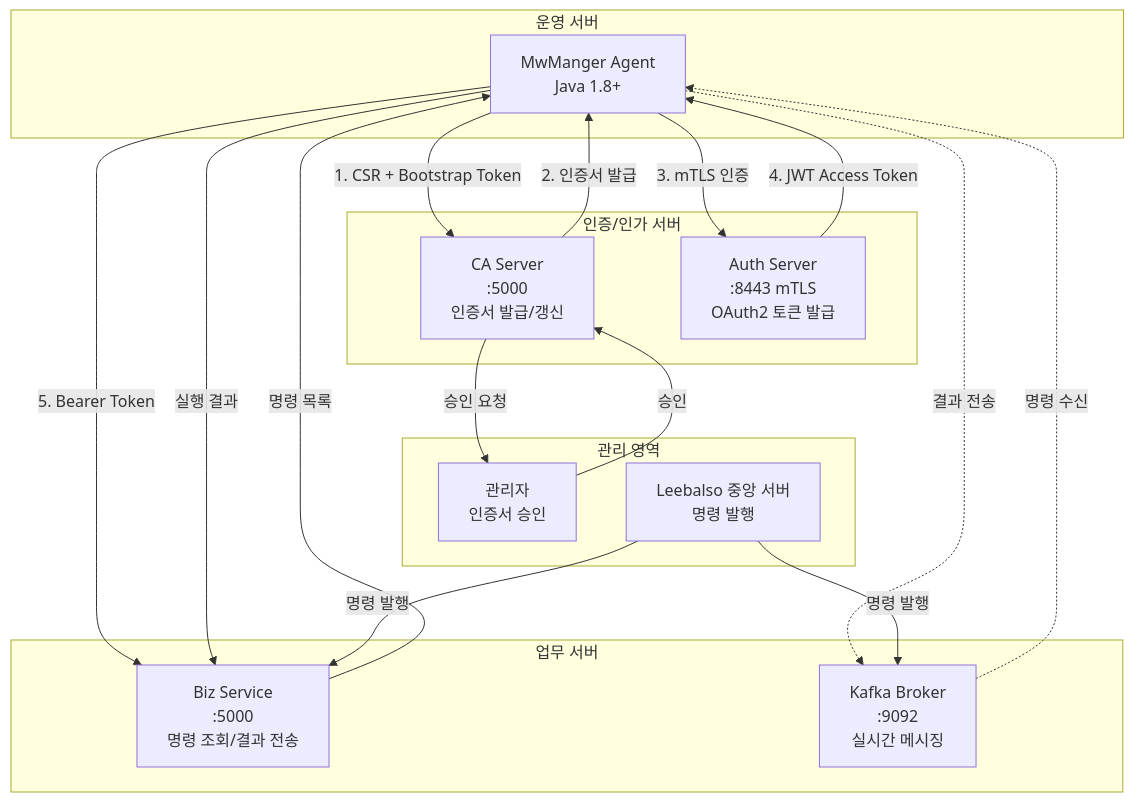
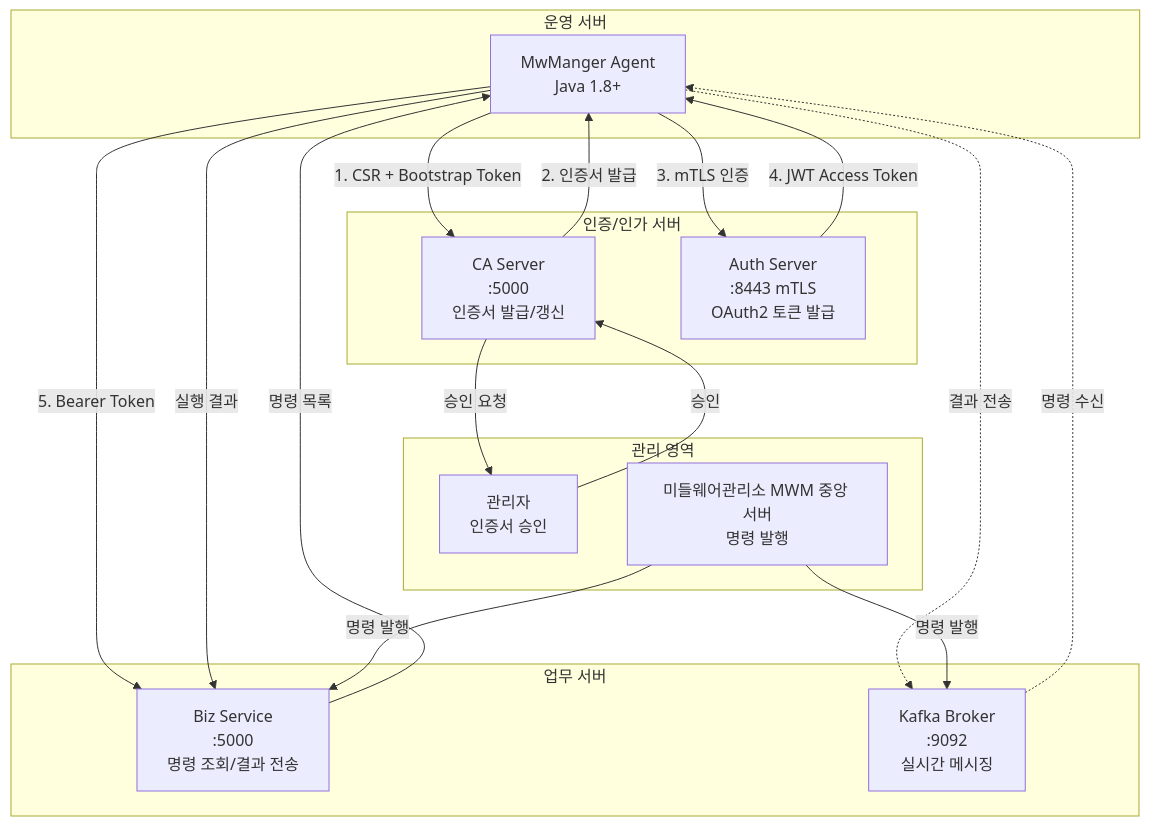
One commit to tanminkwan/mwagent changed the first of 4 diagrams in docs/PROJECT_REPORT.md. Above: the diagram before and after it, drawn with Mermaid. The commit also changed other lines of this file and 19 other files, not shown here.

First line of the commit message:
docs: rename to MWM Agent / 미들웨어관리소(MWM); MWM test certificate and issuer values

````diff
--- a/docs/PROJECT_REPORT.md
+++ b/docs/PROJECT_REPORT.md
@@ -421,44 +421,44 @@
 ```mermaid
 graph TB
     subgraph "운영 서버"
         Agent[MwManger Agent<br/>Java 1.8+]
     end
 
     subgraph "인증/인가 서버"
         CA[CA Server<br/>:5000<br/>인증서 발급/갱신]
         Auth[Auth Server<br/>:8443 mTLS<br/>OAuth2 토큰 발급]
     end
 
     subgraph "업무 서버"
         Biz[Biz Service<br/>:5000<br/>명령 조회/결과 전송]
         Kafka[Kafka Broker<br/>:9092<br/>실시간 메시징]
     end
 
     subgraph "관리 영역"
         Admin[관리자<br/>인증서 승인]
-        Leebalso[Leebalso 중앙 서버<br/>명령 발행]
+        MWM[미들웨어관리소 MWM 중앙 서버<br/>명령 발행]
     end
 
     %% 인증서 발급 흐름
     Agent -->|1. CSR + Bootstrap Token| CA
     CA -->|승인 요청| Admin
     Admin -->|승인| CA
     CA -->|2. 인증서 발급| Agent
 
     %% 인증 흐름
     Agent -->|3. mTLS 인증| Auth
     Auth -->|4. JWT Access Token| Agent
 
     %% 업무 흐름
     Agent -->|5. Bearer Token| Biz
     Biz -->|명령 목록| Agent
     Agent -->|실행 결과| Biz
 
     %% Kafka 흐름
     Agent -.->|결과 전송| Kafka
     Kafka -.->|명령 수신| Agent
 
     %% 관리 흐름
-    Leebalso -->|명령 발행| Biz
-    Leebalso -->|명령 발행| Kafka
+    MWM -->|명령 발행| Biz
+    MWM -->|명령 발행| Kafka
 ```
````
